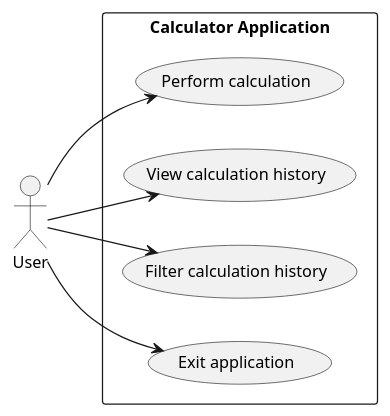
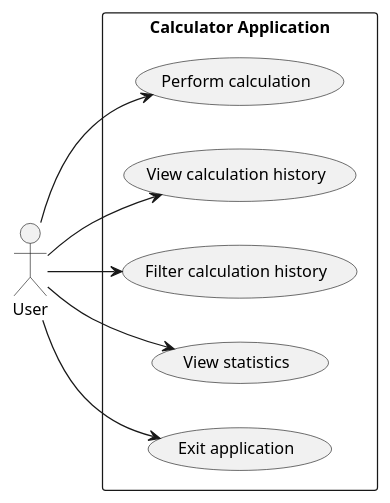
One commit to DanielRiha8906/Software_autoevolution_using_agents changed the diagram in experiments/pipeline/user_stories/calculator/artifacts/use_case_diagram.puml. Above: the diagram before and after it, drawn with PlantUML. The commit also changed 17 other files, not shown here.

```diff
--- a/experiments/pipeline/user_stories/calculator/artifacts/use_case_diagram.puml
+++ b/experiments/pipeline/user_stories/calculator/artifacts/use_case_diagram.puml
@@ -1,22 +1,24 @@
 @startuml use_case_diagram
 
 skinparam defaultFontSize 13
 
 left to right direction
 
 actor User
 
 rectangle "Calculator Application" {
     usecase "Perform calculation" as UC_Calc
     usecase "View calculation history" as UC_History
     usecase "Filter calculation history" as UC_Filter
+    usecase "View statistics" as UC_Stats
     usecase "Exit application" as UC_Exit
 
 }
 
 User --> UC_Calc
 User --> UC_History
 User --> UC_Filter
+User --> UC_Stats
 User --> UC_Exit
 
 @enduml
```
